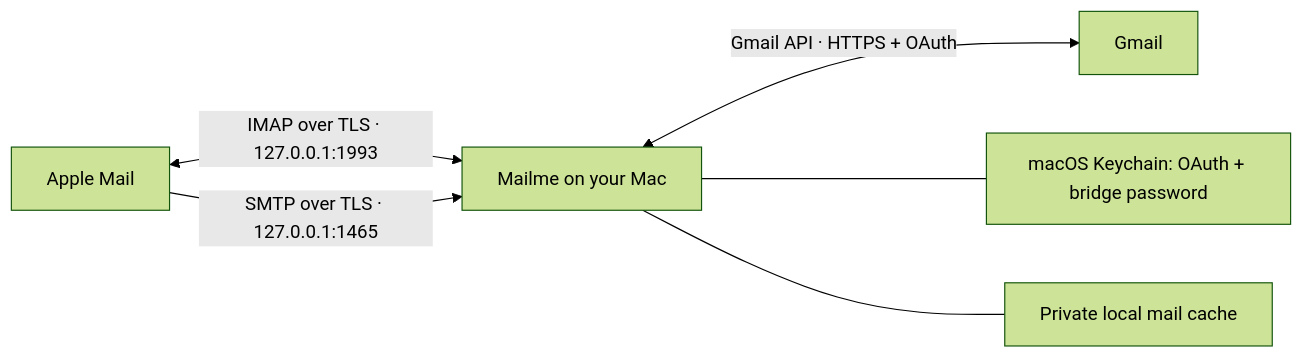
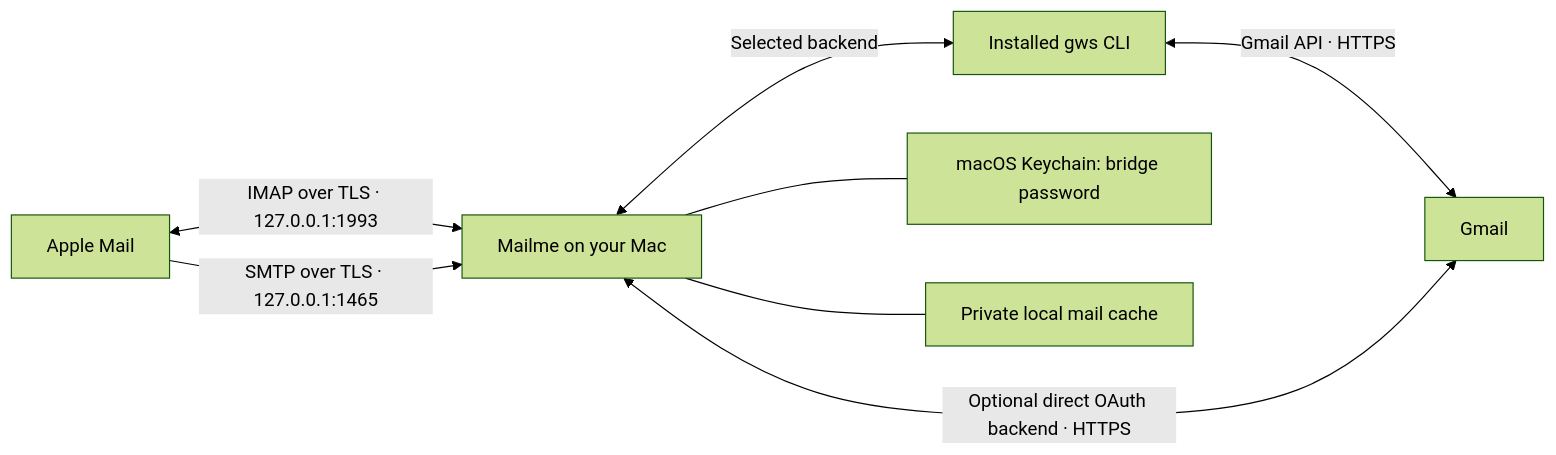
The diagram in README.md (adwalvekar/mailme), drawn with Mermaid (forest theme) before and after one commit. The commit also changed other lines of this file and 8 other files, not shown here.

Commit message:
Add Gmail backend using the installed gws CLI

````diff
--- a/README.md
+++ b/README.md
@@ -7,8 +7,10 @@
 ```mermaid
 flowchart LR
     Mail[Apple Mail] <-->|IMAP over TLS · 127.0.0.1:1993| Bridge[Mailme on your Mac]
     Mail -->|SMTP over TLS · 127.0.0.1:1465| Bridge
-    Bridge <-->|Gmail API · HTTPS + OAuth| Gmail[Gmail]
-    Bridge --- Keychain[macOS Keychain: OAuth + bridge password]
+    Bridge <-->|Selected backend| GWS[Installed gws CLI]
+    GWS <-->|Gmail API · HTTPS| Gmail[Gmail]
+    Bridge <-->|Optional direct OAuth backend · HTTPS| Gmail
+    Bridge --- Keychain[macOS Keychain: bridge password]
     Bridge --- Cache[Private local mail cache]
 ```
````
